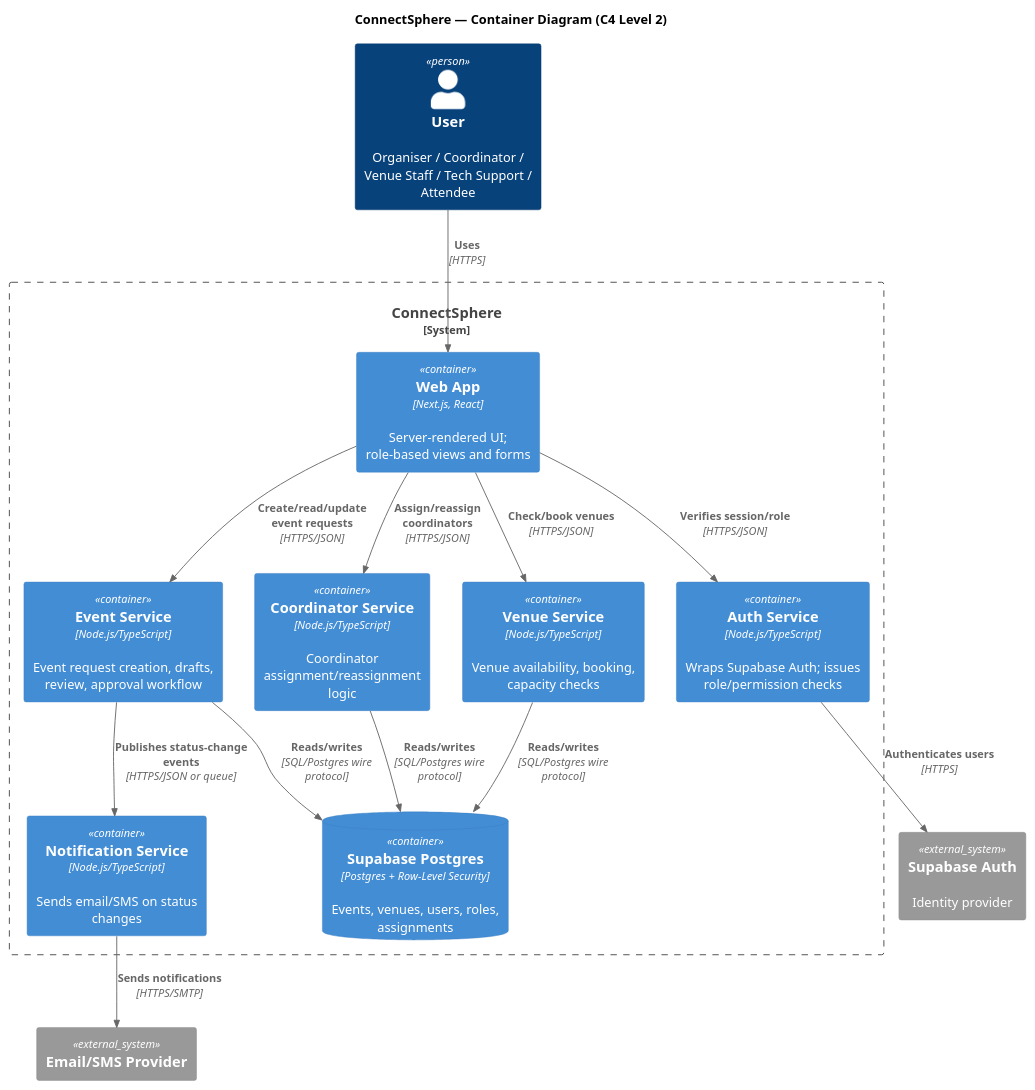
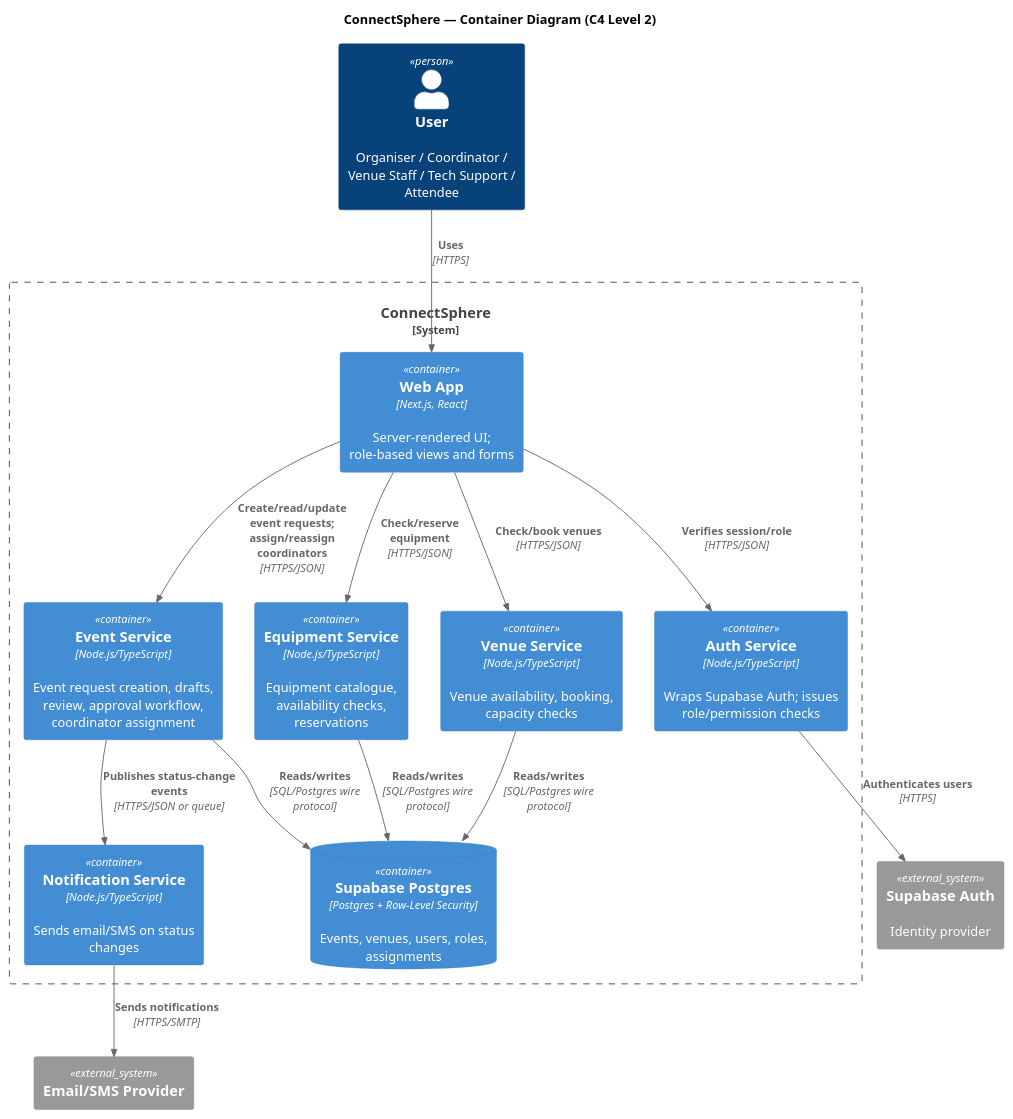
The diagram in docs/architecture/c4/container.puml (danjaii/SPM-T5), drawn with PlantUML before and after one commit. The commit also changed 15 other files, not shown here.

```diff
--- a/docs/architecture/c4/container.puml
+++ b/docs/architecture/c4/container.puml
@@ -1,38 +1,38 @@
 @startuml container
 !include https://raw.githubusercontent.com/plantuml-stdlib/C4-PlantUML/master/C4_Container.puml
 
 title ConnectSphere — Container Diagram (C4 Level 2)
 
 Person(user, "User", "Organiser / Coordinator / Venue Staff / Tech Support / Attendee")
 
 System_Boundary(connectsphere, "ConnectSphere") {
   Container(web, "Web App", "Next.js, React", "Server-rendered UI; role-based views and forms")
 
   Container(authSvc, "Auth Service", "Node.js/TypeScript", "Wraps Supabase Auth; issues role/permission checks")
-  Container(eventSvc, "Event Service", "Node.js/TypeScript", "Event request creation, drafts, review, approval workflow")
+  Container(eventSvc, "Event Service", "Node.js/TypeScript", "Event request creation, drafts, review, approval workflow, coordinator assignment")
   Container(venueSvc, "Venue Service", "Node.js/TypeScript", "Venue availability, booking, capacity checks")
-  Container(coordinatorSvc, "Coordinator Service", "Node.js/TypeScript", "Coordinator assignment/reassignment logic")
+  Container(equipmentSvc, "Equipment Service", "Node.js/TypeScript", "Equipment catalogue, availability checks, reservations")
   Container(notificationSvc, "Notification Service", "Node.js/TypeScript", "Sends email/SMS on status changes")
 
   ContainerDb(db, "Supabase Postgres", "Postgres + Row-Level Security", "Events, venues, users, roles, assignments")
 }
 
 System_Ext(supabaseAuth, "Supabase Auth", "Identity provider")
 System_Ext(emailProvider, "Email/SMS Provider")
 
 Rel(user, web, "Uses", "HTTPS")
 
 Rel(web, authSvc, "Verifies session/role", "HTTPS/JSON")
-Rel(web, eventSvc, "Create/read/update event requests", "HTTPS/JSON")
+Rel(web, eventSvc, "Create/read/update event requests; assign/reassign coordinators", "HTTPS/JSON")
 Rel(web, venueSvc, "Check/book venues", "HTTPS/JSON")
-Rel(web, coordinatorSvc, "Assign/reassign coordinators", "HTTPS/JSON")
+Rel(web, equipmentSvc, "Check/reserve equipment", "HTTPS/JSON")
 
 Rel(authSvc, supabaseAuth, "Authenticates users", "HTTPS")
 Rel(eventSvc, db, "Reads/writes", "SQL/Postgres wire protocol")
 Rel(venueSvc, db, "Reads/writes", "SQL/Postgres wire protocol")
-Rel(coordinatorSvc, db, "Reads/writes", "SQL/Postgres wire protocol")
+Rel(equipmentSvc, db, "Reads/writes", "SQL/Postgres wire protocol")
 
 Rel(eventSvc, notificationSvc, "Publishes status-change events", "HTTPS/JSON or queue")
 Rel(notificationSvc, emailProvider, "Sends notifications", "HTTPS/SMTP")
 
 @enduml
```
